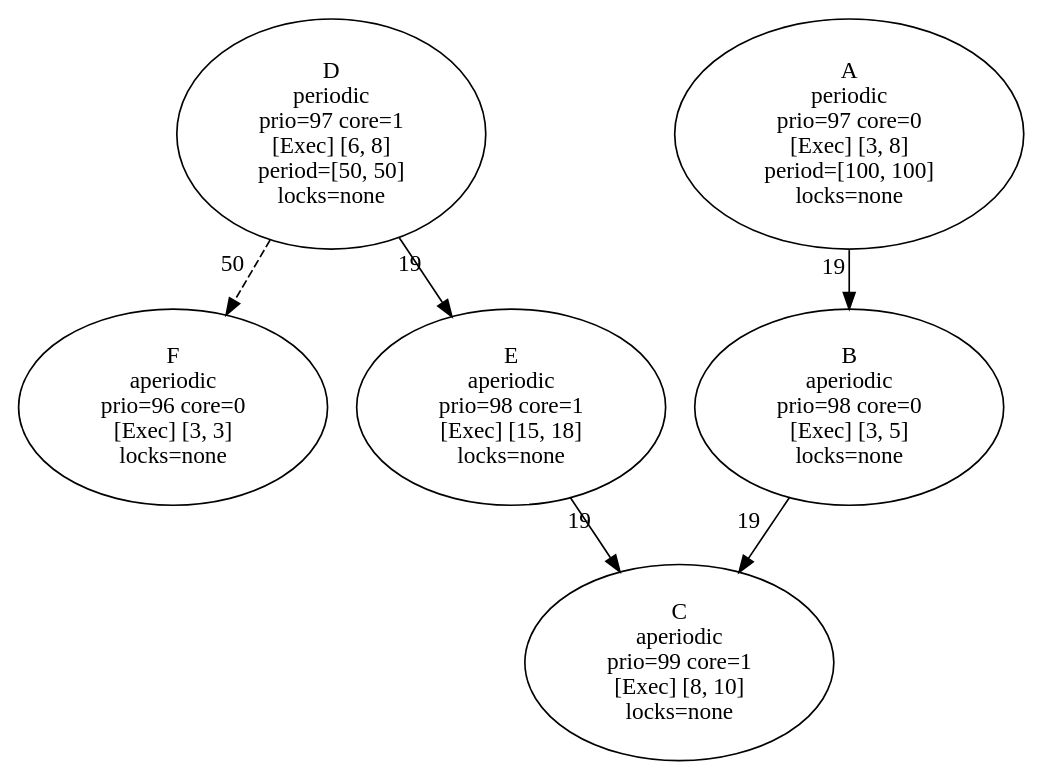
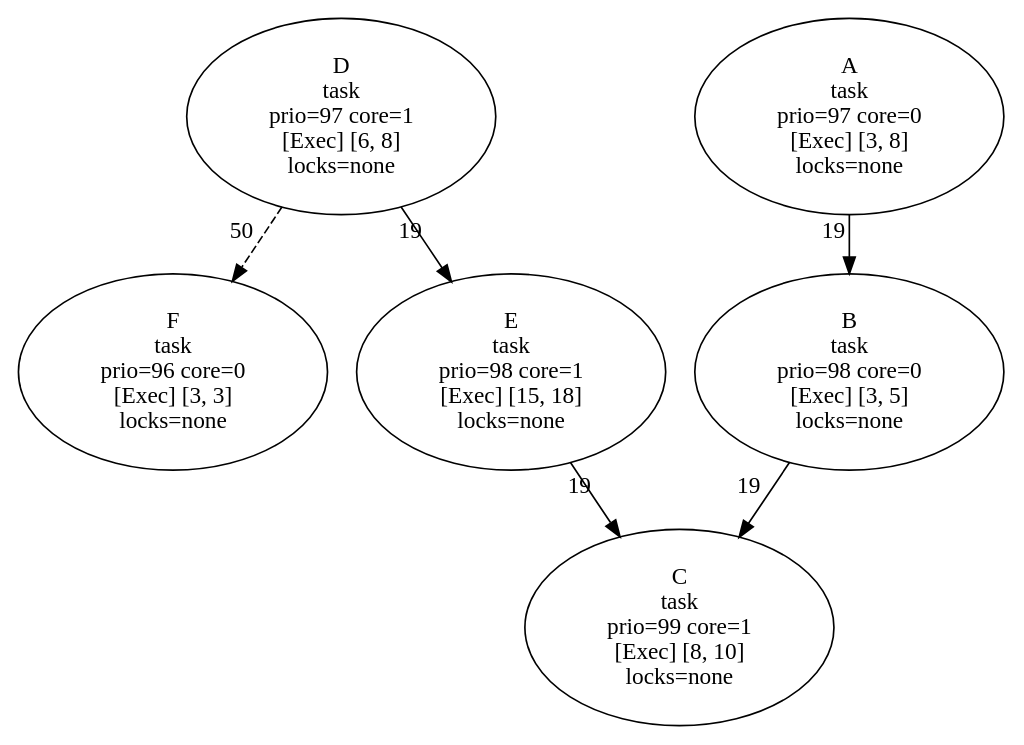
The diagram in example/common.dot (kevindadi/PPTPN), drawn with Graphviz before and after one commit. The commit also changed 12 other files, not shown here.

```diff
--- a/example/common.dot
+++ b/example/common.dot
@@ -1,13 +1,13 @@
 digraph G {
-    F [label = "F\naperiodic\nprio=96 core=0\n[Exec] [3, 3]\nlocks=none";];
-    E [label = "E\naperiodic\nprio=98 core=1\n[Exec] [15, 18]\nlocks=none";];
-    A [label = "A\nperiodic\nprio=97 core=0\n[Exec] [3, 8]\nperiod=[100, 100]\nlocks=none";];
-    D [label = "D\nperiodic\nprio=97 core=1\n[Exec] [6, 8]\nperiod=[50, 50]\nlocks=none";];
-    C [label = "C\naperiodic\nprio=99 core=1\n[Exec] [8, 10]\nlocks=none";];
-    B [label = "B\naperiodic\nprio=98 core=0\n[Exec] [3, 5]\nlocks=none";];
+    F [label = "F\ntask\nprio=96 core=0\n[Exec] [3, 3]\nlocks=none";];
+    E [label = "E\ntask\nprio=98 core=1\n[Exec] [15, 18]\nlocks=none";];
+    A [label = "A\ntask\nprio=97 core=0\n[Exec] [3, 8]\nlocks=none";];
+    D [label = "D\ntask\nprio=97 core=1\n[Exec] [6, 8]\nlocks=none";];
+    C [label = "C\ntask\nprio=99 core=1\n[Exec] [8, 10]\nlocks=none";];
+    B [label = "B\ntask\nprio=98 core=0\n[Exec] [3, 5]\nlocks=none";];
     A -> B [xlabel = "19";];
     B -> C [xlabel = "19";];
     D -> E [xlabel = "19";];
     E -> C [xlabel = "19";];
     D -> F [xlabel = "50"; style = "dashed";];
 }
```
